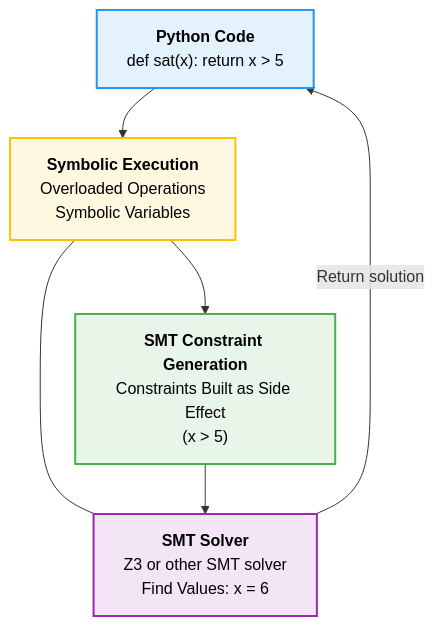
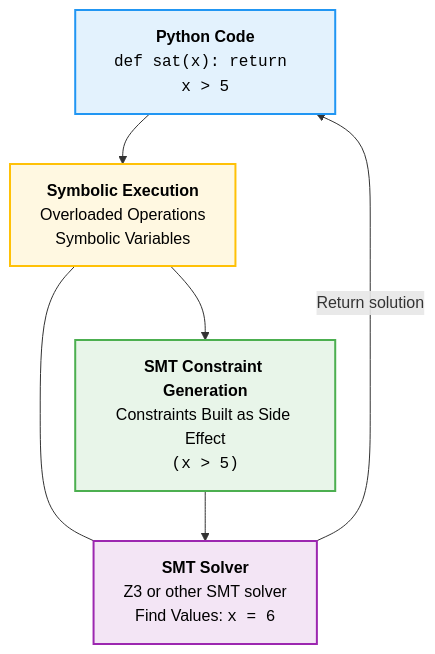
One commit to namin/holey changed the diagram in diagram_staging_SMT.md. Above: the diagram before and after it, drawn with Mermaid.

````diff
--- a/diagram_staging_SMT.md
+++ b/diagram_staging_SMT.md
@@ -3,21 +3,21 @@
 ```mermaid
 flowchart TB
-    PythonCode["<b>Python Code</b><br>def sat(x): return x > 5"] --> SymbolicExecution
+    PythonCode["<b>Python Code</b><br><tt>def sat(x): return x > 5</tt>"] --> SymbolicExecution
     
     SymbolicExecution["<b>Symbolic Execution</b><br>Overloaded Operations<br>Symbolic Variables"] --> SMTGeneration
     SymbolicExecution --- SMTSolver
     
-    SMTGeneration["<b>SMT Constraint Generation</b><br>Constraints Built as Side Effect<br>(x > 5)"] --> SMTSolver
+    SMTGeneration["<b>SMT Constraint Generation</b><br>Constraints Built as Side Effect<br><tt>(x > 5)</tt>"] --> SMTSolver
     
-    SMTSolver["<b>SMT Solver</b><br>Z3 or other SMT solver<br>Find Values: x = 6"] --> |Return solution| PythonCode
+    SMTSolver["<b>SMT Solver</b><br>Z3 or other SMT solver<br>Find Values: <tt>x = 6</tt>"] --> |Return solution| PythonCode
     
     classDef python fill:#e3f2fd,stroke:#2196f3,stroke-width:2px,color:black;
     classDef execution fill:#fff8e1,stroke:#ffc107,stroke-width:2px,color:black;
     classDef generation fill:#e8f5e9,stroke:#4caf50,stroke-width:2px,color:black;
     classDef solver fill:#f3e5f5,stroke:#9c27b0,stroke-width:2px,color:black;
     
     class PythonCode python;
     class SymbolicExecution execution;
     class SMTGeneration generation;
     class SMTSolver solver;
 ```
````
